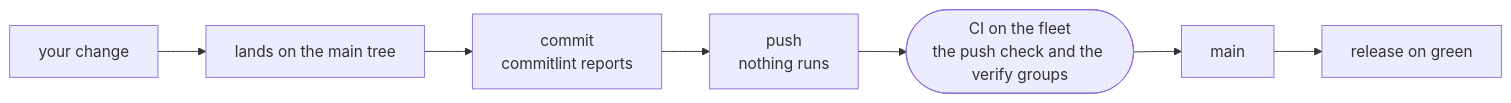
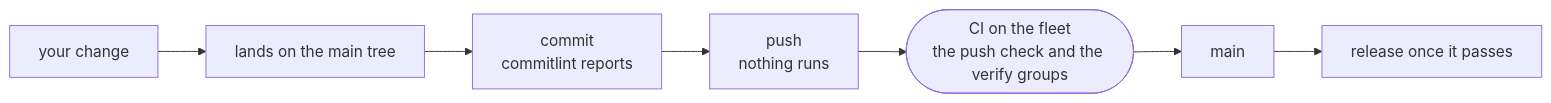
The diagram in CONTRIBUTING.md (intentic/intentic), drawn with Mermaid before and after one commit. The commit also changed other lines of this file and 251 other files, not shown here.

````diff
--- a/CONTRIBUTING.md
+++ b/CONTRIBUTING.md
@@ -5,9 +5,9 @@
 ```mermaid
 flowchart LR
     edit["your change"] --> land["lands on the main tree"]
     land --> commit["commit<br/>commitlint reports"]
     commit --> push["push<br/>nothing runs"]
     push --> ci(["CI on the fleet<br/>the push check and the verify groups"])
     ci --> main["main"]
-    main --> release["release on green"]
+    main --> release["release once it passes"]
 ```
````
